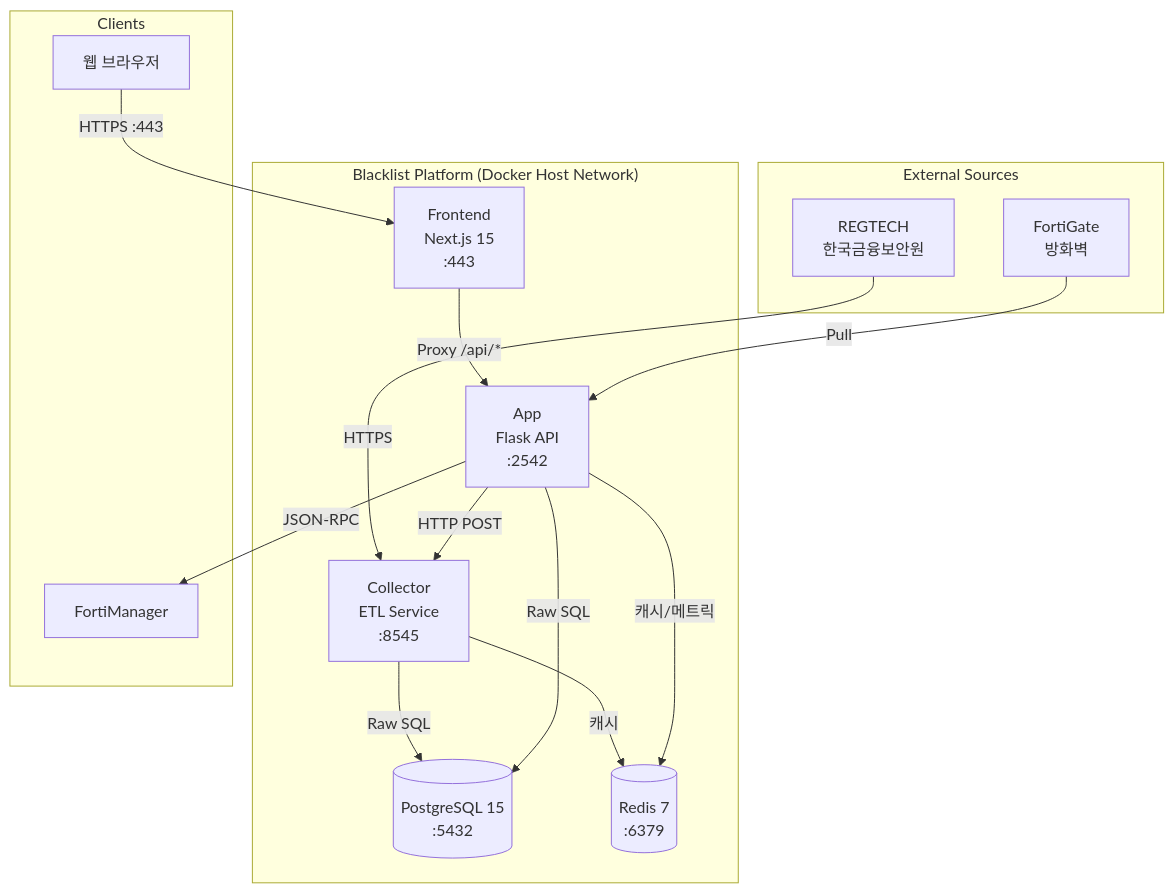
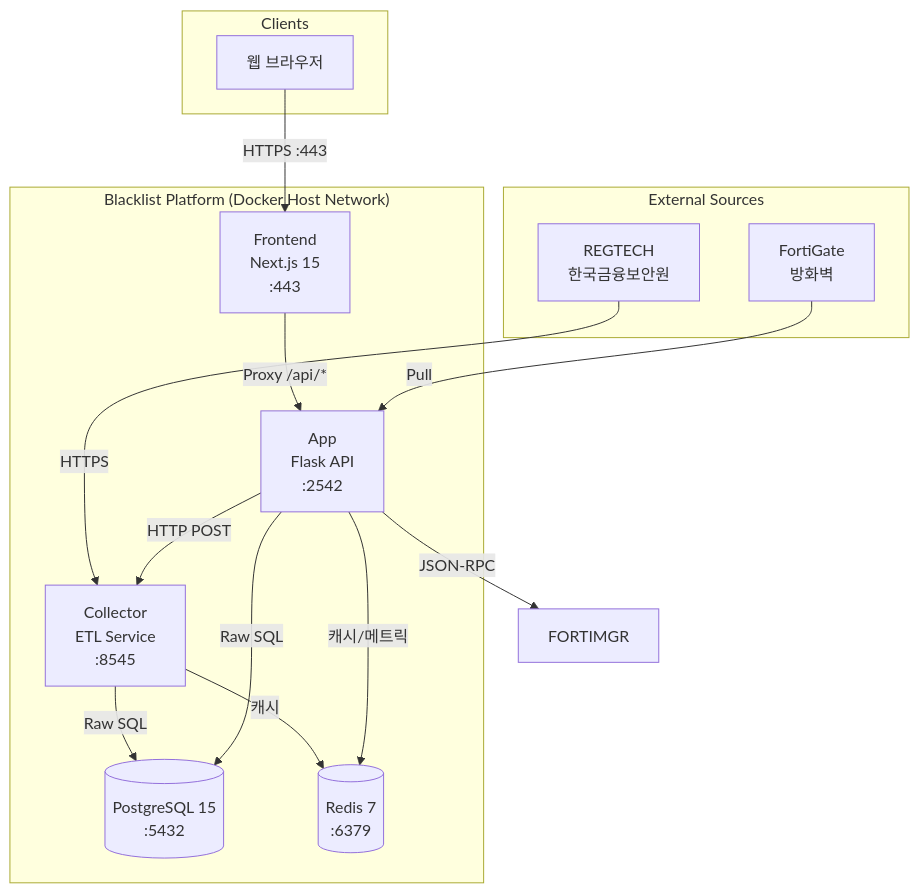
One commit to jclee941/blacklist changed the first of 10 diagrams in docs/wiki/Architecture.md. Above: the diagram before and after it, drawn with Mermaid. The commit also changed other lines of this file and 38 other files, not shown here.

First line of the commit message:
refactor: remove FortiManager legacy, dead packages, and duplicate routes

````diff
--- a/docs/wiki/Architecture.md
+++ b/docs/wiki/Architecture.md
@@ -12,31 +12,30 @@
 ```mermaid
 graph TD
     subgraph "External Sources"
         REGTECH["REGTECH<br/>한국금융보안원"]
         FORTIGATE["FortiGate<br/>방화벽"]
     end
 
     subgraph "Blacklist Platform (Docker Host Network)"
         PG[("PostgreSQL 15<br/>:5432")]
         REDIS[("Redis 7<br/>:6379")]
         COLLECTOR["Collector<br/>ETL Service<br/>:8545"]
         APP["App<br/>Flask API<br/>:2542"]
         FRONTEND["Frontend<br/>Next.js 15<br/>:443"]
     end
 
     subgraph "Clients"
         BROWSER["웹 브라우저"]
-        FORTIMGR["FortiManager"]
     end
 
     REGTECH -->|HTTPS| COLLECTOR
     COLLECTOR -->|Raw SQL| PG
     COLLECTOR -->|캐시| REDIS
     APP -->|Raw SQL| PG
     APP -->|캐시/메트릭| REDIS
     APP -->|HTTP POST| COLLECTOR
     FRONTEND -->|Proxy /api/*| APP
     BROWSER -->|HTTPS :443| FRONTEND
     APP -->|JSON-RPC| FORTIMGR
     FORTIGATE -->|Pull| APP
 ```
````
